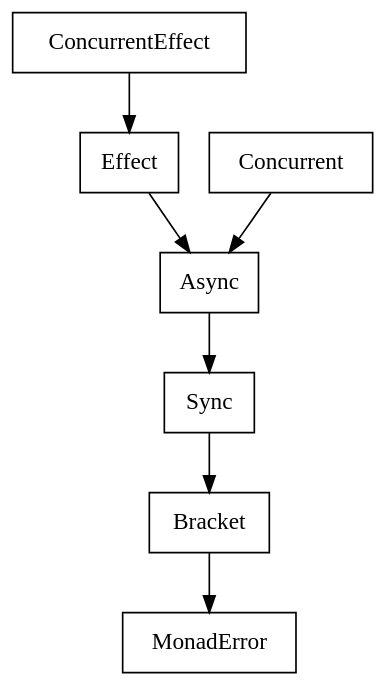
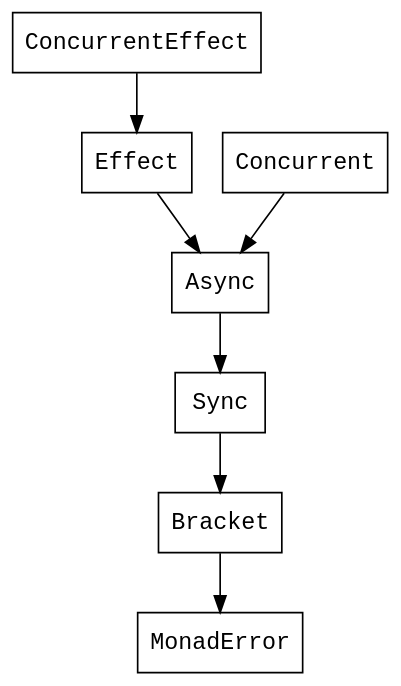
The first of 3 diagrams in cats-effect-and-fs2.org (jilen/slides), drawn with Graphviz before and after one commit. The commit also changed other lines of this file, not shown here.

Commit message:
minor fix

```diff
--- a/cats-effect-and-fs2.org
+++ b/cats-effect-and-fs2.org
@@ -90,12 +29,12 @@
    #+BEGIN_SRC dot :file img/hierarchy.svg :cmdline -Kdot -Tsvg
 digraph typeclass {
   graph [bgcolor="transparent"]
-  node [shape=box];
+  node [shape=box, fontname="monospace"];
   Bracket -> MonadError
   Sync -> Bracket
   Async -> Sync
   Effect -> Async
   Concurrent -> Async
   ConcurrentEffect -> Effect
 }
    #+END_SRC
```
